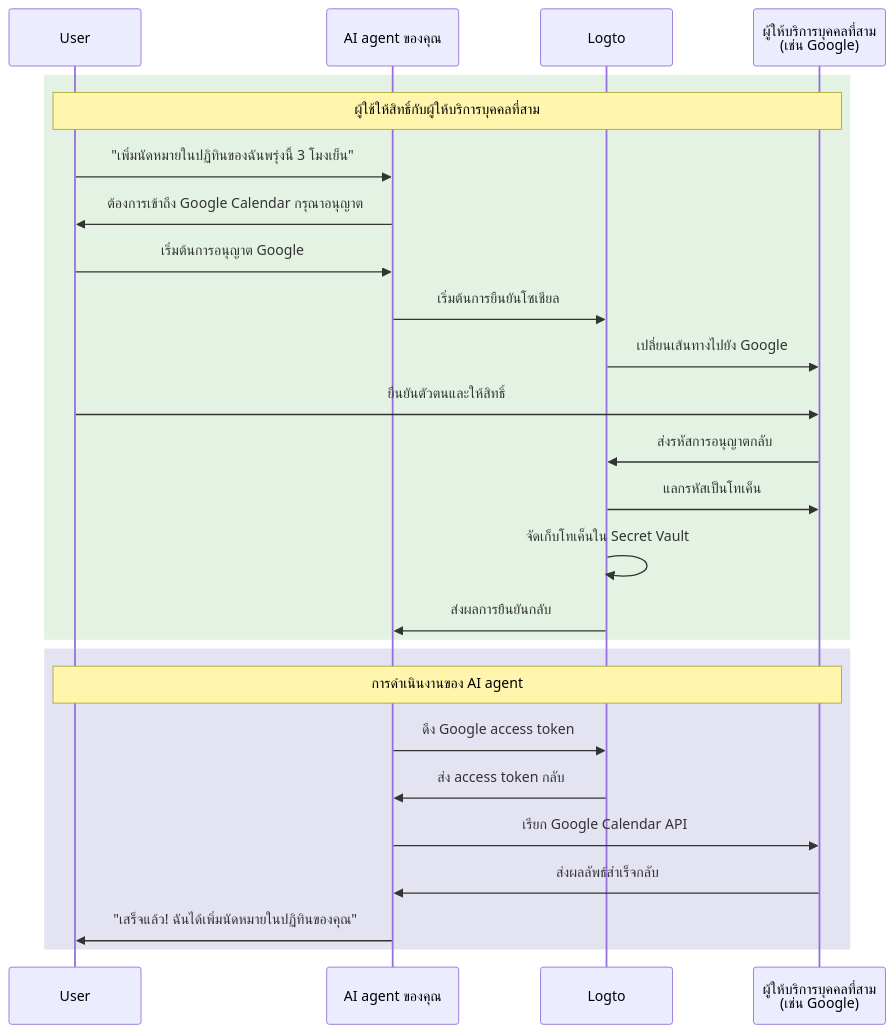
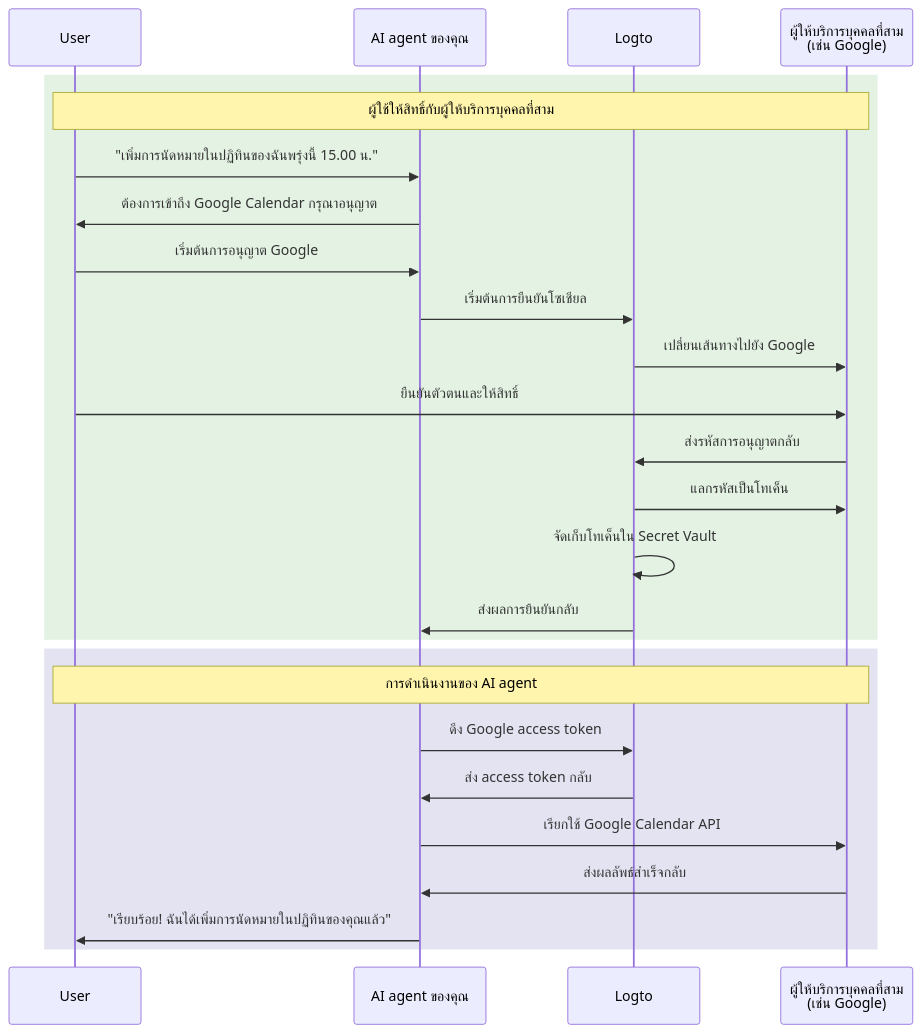
One commit to logto-io/docs changed the diagram in i18n/th/docusaurus-plugin-content-docs/current/use-cases/ai/connect-your-agent-to-third-party-apis.mdx. Above: the diagram before and after it, drawn with Mermaid. The commit also changed other lines of this file and 89 other files, not shown here.

````diff
--- a/i18n/th/docusaurus-plugin-content-docs/current/use-cases/ai/connect-your-agent-to-third-party-apis.mdx
+++ b/i18n/th/docusaurus-plugin-content-docs/current/use-cases/ai/connect-your-agent-to-third-party-apis.mdx
@@ -32,30 +36,30 @@
 ```mermaid
 sequenceDiagram
     participant User
     participant Agent as AI agent ของคุณ
     participant Logto
     participant Google as ผู้ให้บริการบุคคลที่สาม<br/>(เช่น Google)
 
     rect rgba(200, 230, 200, 0.5)
         Note over User, Google: ผู้ใช้ให้สิทธิ์กับผู้ให้บริการบุคคลที่สาม
-        User->>Agent: "เพิ่มนัดหมายในปฏิทินของฉันพรุ่งนี้ 3 โมงเย็น"
+        User->>Agent: "เพิ่มการนัดหมายในปฏิทินของฉันพรุ่งนี้ 15.00 น."
         Agent->>User: ต้องการเข้าถึง Google Calendar กรุณาอนุญาต
         User->>Agent: เริ่มต้นการอนุญาต Google
         Agent->>Logto: เริ่มต้นการยืนยันโซเชียล
         Logto->>Google: เปลี่ยนเส้นทางไปยัง Google
         User->>Google: ยืนยันตัวตนและให้สิทธิ์
         Google->>Logto: ส่งรหัสการอนุญาตกลับ
         Logto->>Google: แลกรหัสเป็นโทเค็น
         Logto->>Logto: จัดเก็บโทเค็นใน Secret Vault
         Logto->>Agent: ส่งผลการยืนยันกลับ
     end
 
     rect rgba(200, 200, 230, 0.5)
         Note over User, Google: การดำเนินงานของ AI agent
         Agent->>Logto: ดึง Google access token
         Logto->>Agent: ส่ง access token กลับ
-        Agent->>Google: เรียก Google Calendar API
+        Agent->>Google: เรียกใช้ Google Calendar API
         Google->>Agent: ส่งผลลัพธ์สำเร็จกลับ
-        Agent->>User: "เสร็จแล้ว! ฉันได้เพิ่มนัดหมายในปฏิทินของคุณ"
+        Agent->>User: "เรียบร้อย! ฉันได้เพิ่มการนัดหมายในปฏิทินของคุณแล้ว"
     end
 ```
````
